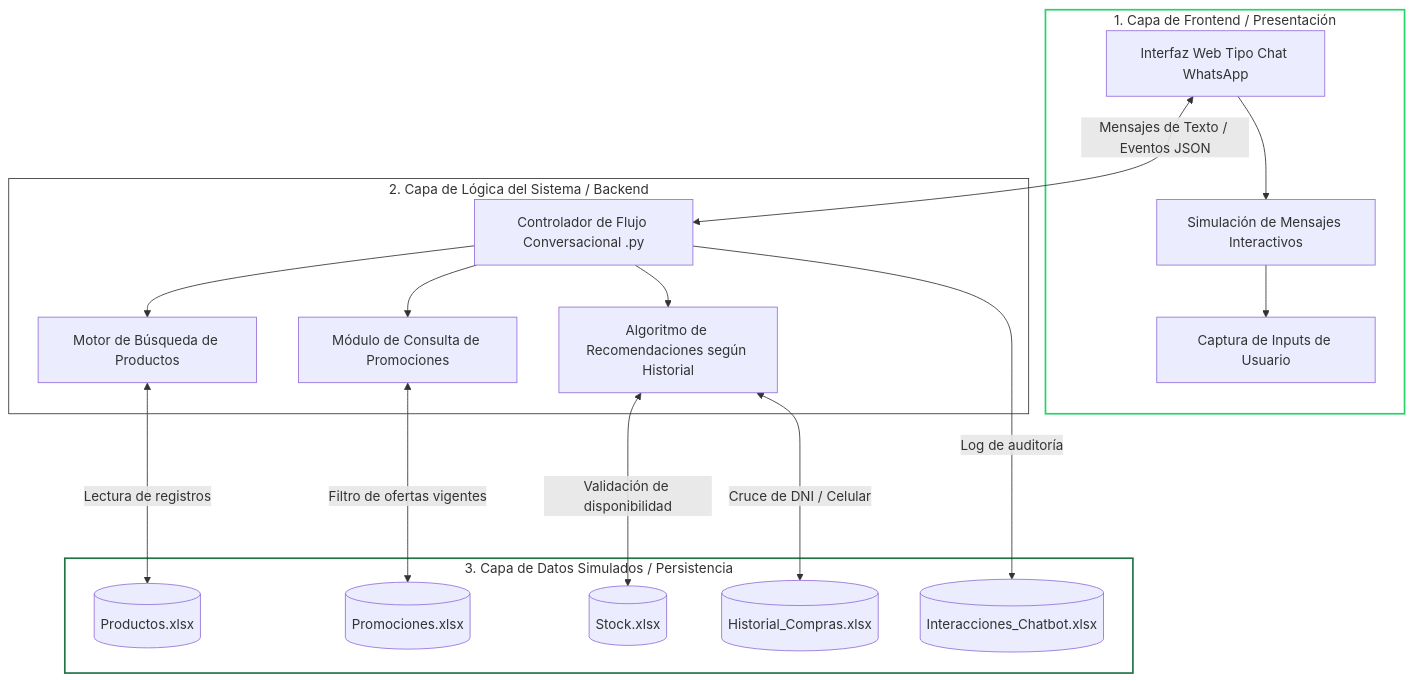
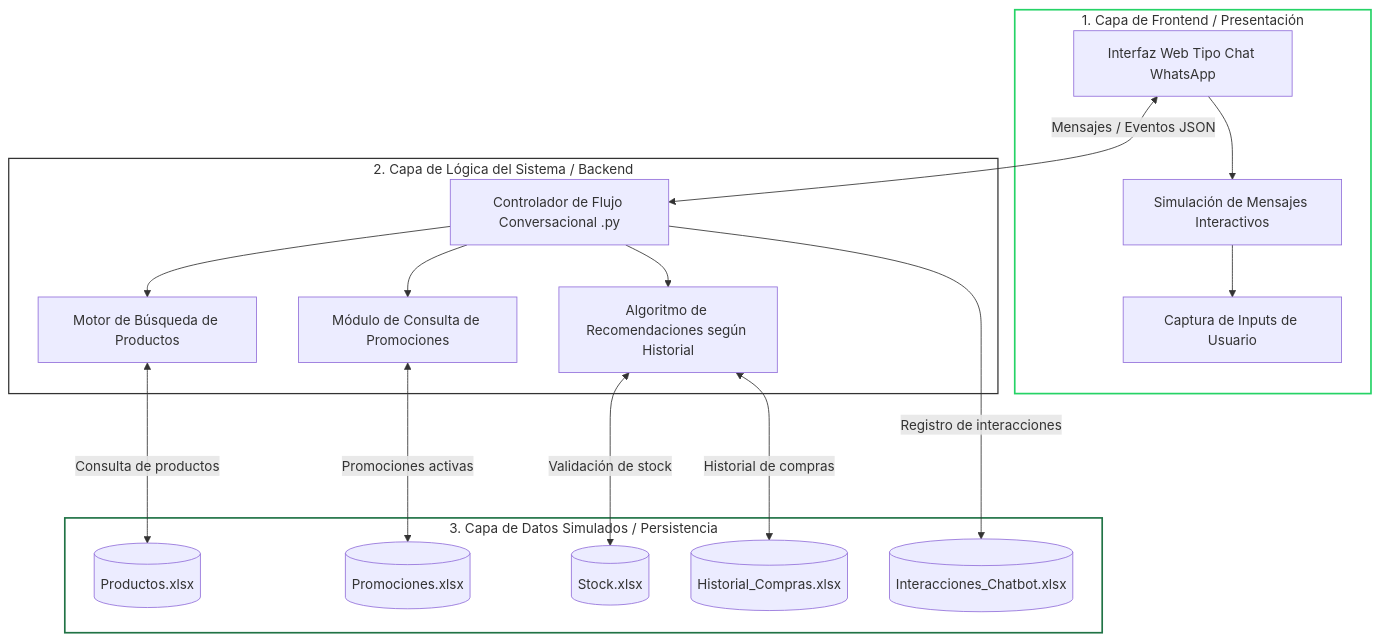
One commit to JH-Compan/Tambo-IA-Shopping-Assistant changed the first of 2 diagrams in docs/arquitectura/arquitectura-base.md. Above: the diagram before and after it, drawn with Mermaid. The commit also changed other lines of this file, not shown here.

````diff
--- a/docs/arquitectura/arquitectura-base.md
+++ b/docs/arquitectura/arquitectura-base.md
@@ -30,34 +21,34 @@
 ```mermaid
 graph TD
     subgraph Capa_Presentacion [1. Capa de Frontend / Presentación]
         A[Interfaz Web Tipo Chat WhatsApp] --> B[Simulación de Mensajes Interactivos]
         B --> C[Captura de Inputs de Usuario]
     end
 
     subgraph Capa_Logica [2. Capa de Lógica del Sistema / Backend]
         D[Controlador de Flujo Conversacional .py] --> E[Motor de Búsqueda de Productos]
         D --> F[Módulo de Consulta de Promociones]
         D --> G[Algoritmo de Recomendaciones según Historial]
     end
 
     subgraph Capa_Datos [3. Capa de Datos Simulados / Persistencia]
         H[(Productos.xlsx)]
         I[(Promociones.xlsx)]
         J[(Stock.xlsx)]
         K[(Historial_Compras.xlsx)]
         L[(Interacciones_Chatbot.xlsx)]
     end
 
-    %% Conexiones e intercambio de información
-    A <-->|Mensajes de Texto / Eventos JSON| D
-    E <--->|Lectura de registros| H
-    F <--->|Filtro de ofertas vigentes| I
-    G <--->|Cruce de DNI / Celular| K
-    G <--->|Validación de disponibilidad| J
-    D --->|Log de auditoría| L
+    %% Relaciones
+    A <-->|Mensajes / Eventos JSON| D
+    E <--->|Consulta de productos| H
+    F <--->|Promociones activas| I
+    G <--->|Historial de compras| K
+    G <--->|Validación de stock| J
+    D --->|Registro de interacciones| L
 
-    %% Estilos de las cajas
+    %% Estilos
     style Capa_Presentacion fill:#ffffff,stroke:#25D366,stroke-width:2px
-    style Capa_Logica fill:#ffffff,stroke:#333333,stroke-width:1px
+    style Capa_Logica fill:#ffffff,stroke:#333333,stroke-width:1.5px
     style Capa_Datos fill:#ffffff,stroke:#217346,stroke-width:2px
 ```
````
